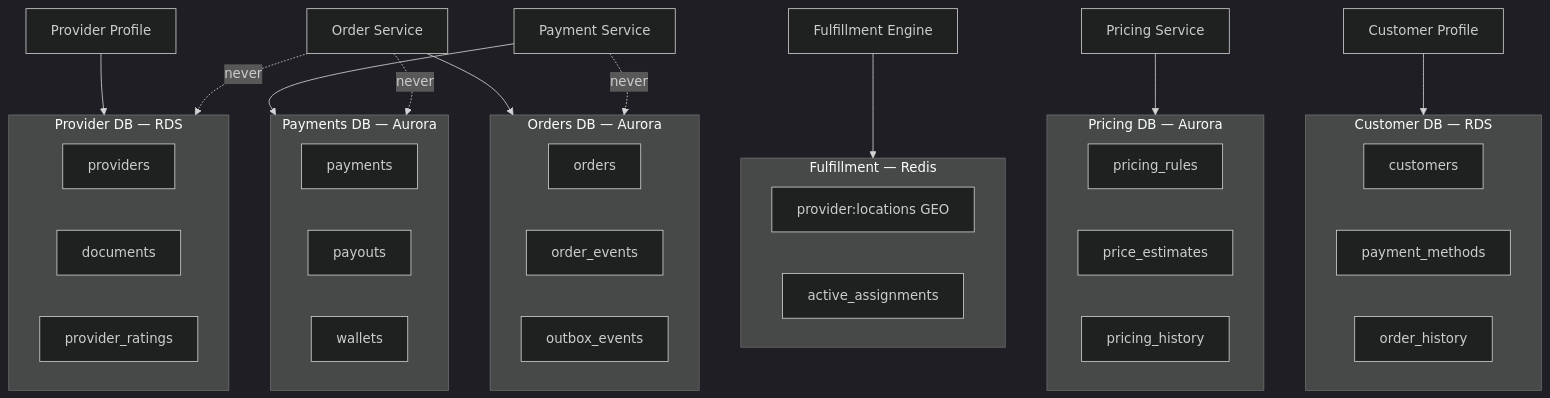
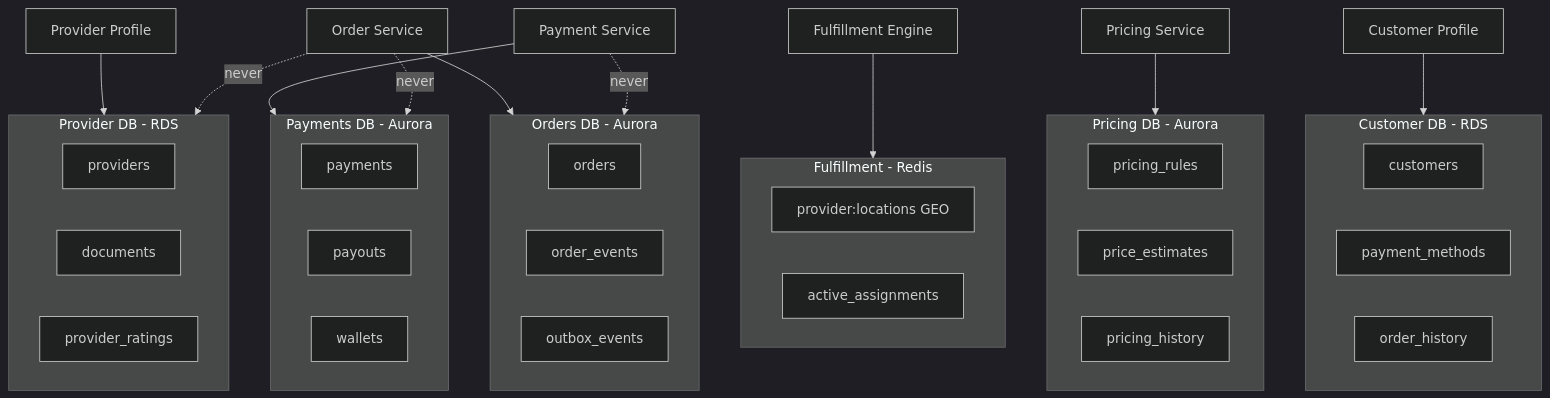
One commit to rishikeshdhokare/platform-manifesto changed the third of 3 diagrams in 11-domain-catalog/README.md. Above: the diagram before and after it, drawn with Mermaid (dark theme). The commit also changed other lines of this file and 20 other files, not shown here.

````diff
--- a/11-domain-catalog/README.md
+++ b/11-domain-catalog/README.md
@@ -91,48 +91,48 @@
 ```mermaid
 flowchart TB
-    subgraph orders_db [Orders DB — Aurora]
+    subgraph orders_db [Orders DB - Aurora]
         orders_table[orders]
         order_events[order_events]
         outbox[outbox_events]
     end
 
-    subgraph fulfillment_store [Fulfillment — Redis]
+    subgraph fulfillment_store [Fulfillment - Redis]
         provider_locations[provider:locations GEO]
         active_assignments[active_assignments]
     end
 
-    subgraph pricing_db [Pricing DB — Aurora]
+    subgraph pricing_db [Pricing DB - Aurora]
         pricing_rules[pricing_rules]
         price_estimates[price_estimates]
         pricing_history[pricing_history]
     end
 
-    subgraph provider_db [Provider DB — RDS]
+    subgraph provider_db [Provider DB - RDS]
         providers[providers]
         documents[documents]
         ratings[provider_ratings]
     end
 
-    subgraph customer_db [Customer DB — RDS]
+    subgraph customer_db [Customer DB - RDS]
         customers[customers]
         payment_methods[payment_methods]
         order_history[order_history]
     end
 
-    subgraph payments_db [Payments DB — Aurora]
+    subgraph payments_db [Payments DB - Aurora]
         payments[payments]
         payouts[payouts]
         wallets[wallets]
     end
 
     OrderService[Order Service] --> orders_db
     FulfillmentEngine[Fulfillment Engine] --> fulfillment_store
     PricingService[Pricing Service] --> pricing_db
     ProviderProfile[Provider Profile] --> provider_db
     CustomerProfile[Customer Profile] --> customer_db
     PaymentService[Payment Service] --> payments_db
 
     OrderService -.->|"never"| provider_db
     OrderService -.->|"never"| payments_db
     PaymentService -.->|"never"| orders_db
 ```
````
